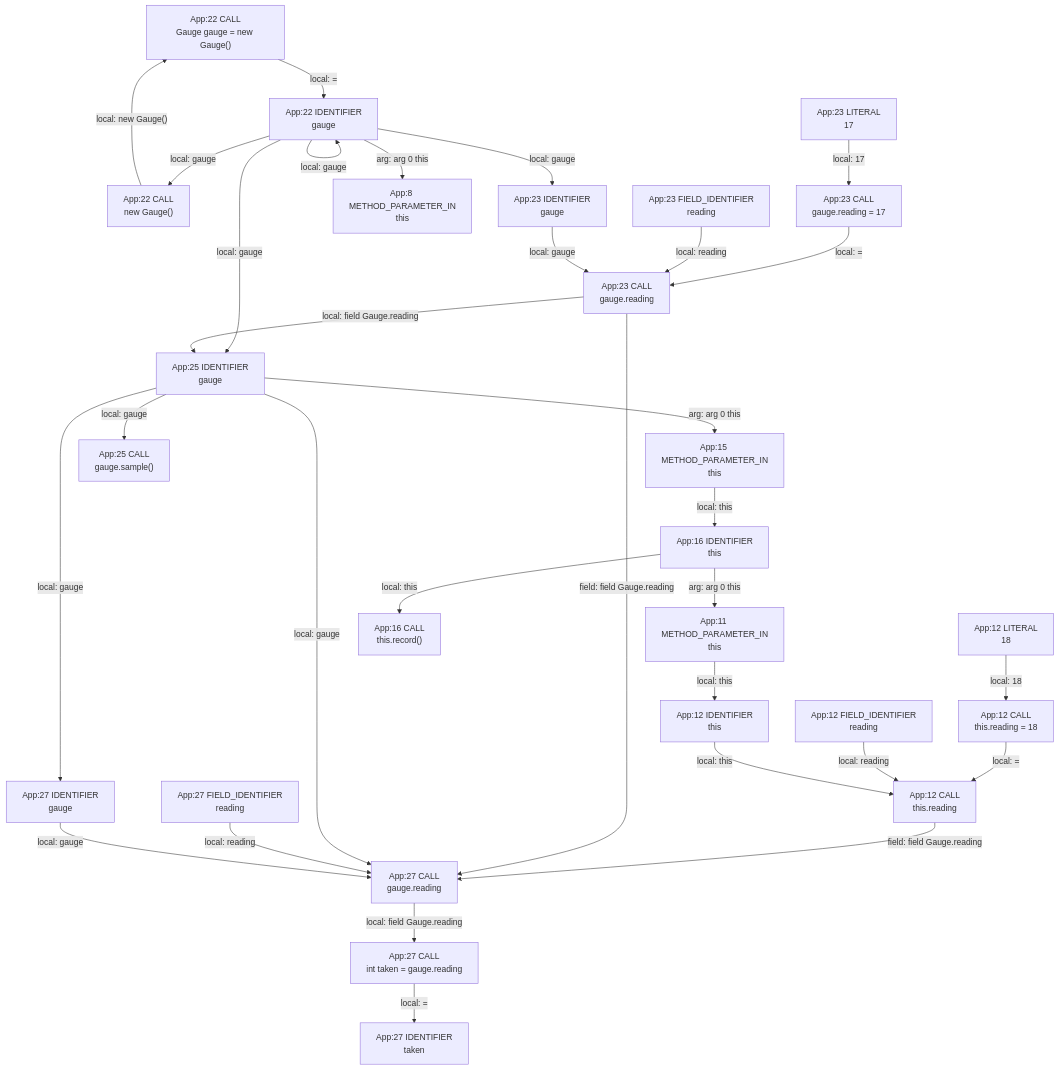
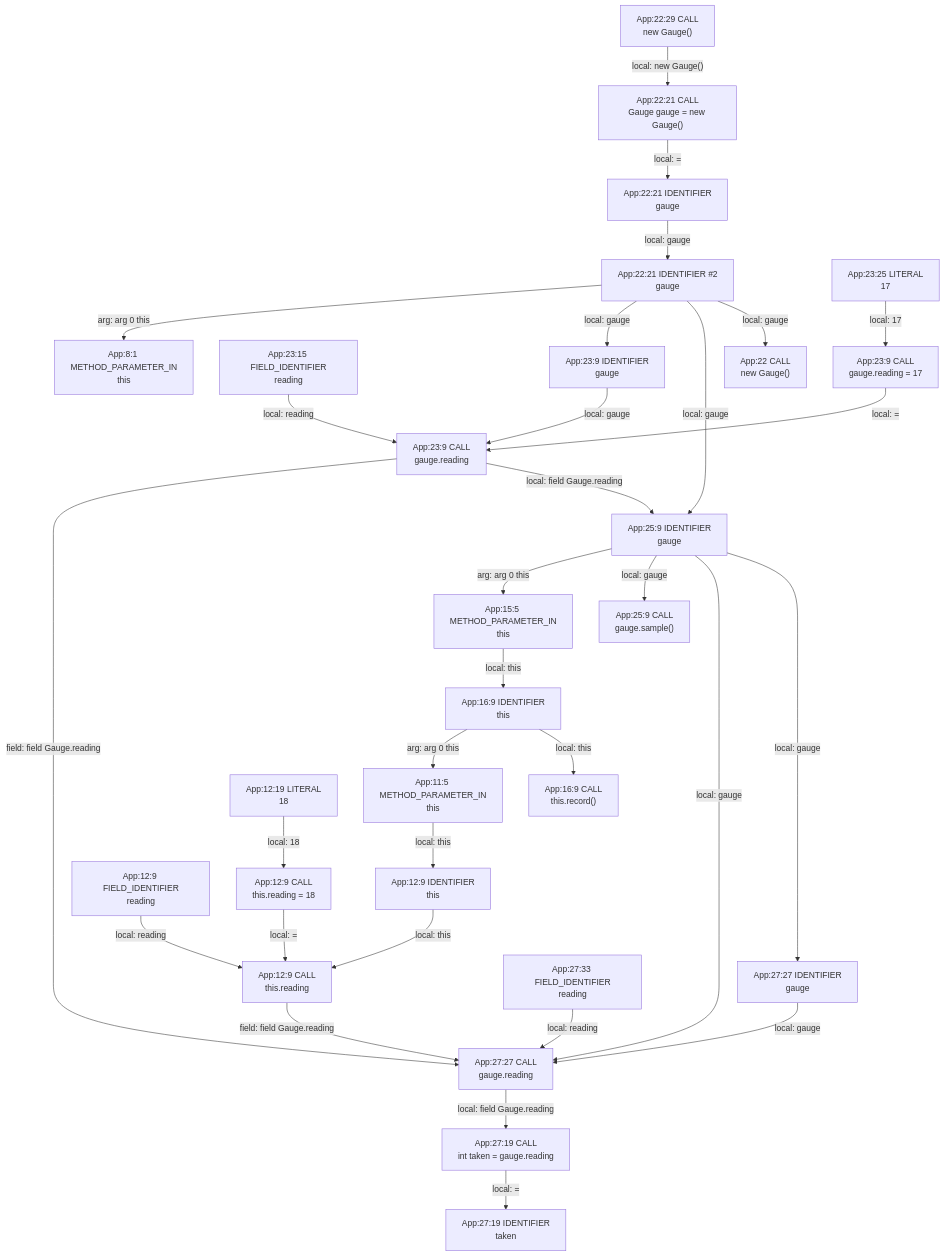
Before and after one commit to gstiebler/codeflow: the diagram in app/src/test/resources/deepField/spike-truth.md, drawn with Mermaid. The commit also changed 154 other files, not shown here.

````diff
--- a/app/src/test/resources/deepField/spike-truth.md
+++ b/app/src/test/resources/deepField/spike-truth.md
@@ -3,58 +3,60 @@
 ```mermaid
 flowchart TD
-  n0["App:11 METHOD_PARAMETER_IN<br/>this"]
-  n1["App:12 CALL<br/>this.reading"]
-  n2["App:12 CALL<br/>this.reading = 18"]
-  n3["App:12 FIELD_IDENTIFIER<br/>reading"]
-  n4["App:12 IDENTIFIER<br/>this"]
-  n5["App:12 LITERAL<br/>18"]
-  n6["App:15 METHOD_PARAMETER_IN<br/>this"]
-  n7["App:16 CALL<br/>this.record()"]
-  n8["App:16 IDENTIFIER<br/>this"]
-  n9["App:22 CALL<br/>Gauge gauge = new Gauge()"]
-  n10["App:22 CALL<br/>new Gauge()"]
-  n11["App:22 IDENTIFIER<br/>gauge"]
-  n12["App:23 CALL<br/>gauge.reading"]
-  n13["App:23 CALL<br/>gauge.reading = 17"]
-  n14["App:23 FIELD_IDENTIFIER<br/>reading"]
-  n15["App:23 IDENTIFIER<br/>gauge"]
-  n16["App:23 LITERAL<br/>17"]
-  n17["App:25 CALL<br/>gauge.sample()"]
-  n18["App:25 IDENTIFIER<br/>gauge"]
-  n19["App:27 CALL<br/>gauge.reading"]
-  n20["App:27 CALL<br/>int taken = gauge.reading"]
-  n21["App:27 FIELD_IDENTIFIER<br/>reading"]
-  n22["App:27 IDENTIFIER<br/>gauge"]
-  n23["App:27 IDENTIFIER<br/>taken"]
-  n24["App:8 METHOD_PARAMETER_IN<br/>this"]
-  n0 -->|"local: this"| n4
-  n1 -->|"field: field Gauge.reading"| n19
-  n10 -->|"local: new Gauge()"| n9
-  n11 -->|"arg: arg 0 this"| n24
-  n11 -->|"local: gauge"| n10
-  n11 -->|"local: gauge"| n11
-  n11 -->|"local: gauge"| n15
+  n0["App:11:5 METHOD_PARAMETER_IN<br/>this"]
+  n1["App:12:19 LITERAL<br/>18"]
+  n2["App:12:9 CALL<br/>this.reading"]
+  n3["App:12:9 CALL<br/>this.reading = 18"]
+  n4["App:12:9 FIELD_IDENTIFIER<br/>reading"]
+  n5["App:12:9 IDENTIFIER<br/>this"]
+  n6["App:15:5 METHOD_PARAMETER_IN<br/>this"]
+  n7["App:16:9 CALL<br/>this.record()"]
+  n8["App:16:9 IDENTIFIER<br/>this"]
+  n9["App:22 CALL<br/>new Gauge()"]
+  n10["App:22:21 CALL<br/>Gauge gauge = new Gauge()"]
+  n11["App:22:21 IDENTIFIER #2<br/>gauge"]
+  n12["App:22:21 IDENTIFIER<br/>gauge"]
+  n13["App:22:29 CALL<br/>new Gauge()"]
+  n14["App:23:15 FIELD_IDENTIFIER<br/>reading"]
+  n15["App:23:25 LITERAL<br/>17"]
+  n16["App:23:9 CALL<br/>gauge.reading"]
+  n17["App:23:9 CALL<br/>gauge.reading = 17"]
+  n18["App:23:9 IDENTIFIER<br/>gauge"]
+  n19["App:25:9 CALL<br/>gauge.sample()"]
+  n20["App:25:9 IDENTIFIER<br/>gauge"]
+  n21["App:27:19 CALL<br/>int taken = gauge.reading"]
+  n22["App:27:19 IDENTIFIER<br/>taken"]
+  n23["App:27:27 CALL<br/>gauge.reading"]
+  n24["App:27:27 IDENTIFIER<br/>gauge"]
+  n25["App:27:33 FIELD_IDENTIFIER<br/>reading"]
+  n26["App:8:1 METHOD_PARAMETER_IN<br/>this"]
+  n0 -->|"local: this"| n5
+  n1 -->|"local: 18"| n3
+  n10 -->|"local: ="| n12
+  n11 -->|"arg: arg 0 this"| n26
   n11 -->|"local: gauge"| n18
-  n12 -->|"field: field Gauge.reading"| n19
-  n12 -->|"local: field Gauge.reading"| n18
-  n13 -->|"local: ="| n12
-  n14 -->|"local: reading"| n12
-  n15 -->|"local: gauge"| n12
-  n16 -->|"local: 17"| n13
-  n18 -->|"arg: arg 0 this"| n6
-  n18 -->|"local: gauge"| n17
-  n18 -->|"local: gauge"| n19
-  n18 -->|"local: gauge"| n22
-  n19 -->|"local: field Gauge.reading"| n20
-  n2 -->|"local: ="| n1
-  n20 -->|"local: ="| n23
-  n21 -->|"local: reading"| n19
-  n22 -->|"local: gauge"| n19
-  n3 -->|"local: reading"| n1
-  n4 -->|"local: this"| n1
-  n5 -->|"local: 18"| n2
+  n11 -->|"local: gauge"| n20
+  n11 -->|"local: gauge"| n9
+  n12 -->|"local: gauge"| n11
+  n13 -->|"local: new Gauge()"| n10
+  n14 -->|"local: reading"| n16
+  n15 -->|"local: 17"| n17
+  n16 -->|"field: field Gauge.reading"| n23
+  n16 -->|"local: field Gauge.reading"| n20
+  n17 -->|"local: ="| n16
+  n18 -->|"local: gauge"| n16
+  n2 -->|"field: field Gauge.reading"| n23
+  n20 -->|"arg: arg 0 this"| n6
+  n20 -->|"local: gauge"| n19
+  n20 -->|"local: gauge"| n23
+  n20 -->|"local: gauge"| n24
+  n21 -->|"local: ="| n22
+  n23 -->|"local: field Gauge.reading"| n21
+  n24 -->|"local: gauge"| n23
+  n25 -->|"local: reading"| n23
+  n3 -->|"local: ="| n2
+  n4 -->|"local: reading"| n2
+  n5 -->|"local: this"| n2
   n6 -->|"local: this"| n8
   n8 -->|"arg: arg 0 this"| n0
   n8 -->|"local: this"| n7
-  n9 -->|"local: ="| n11
 ```
````
